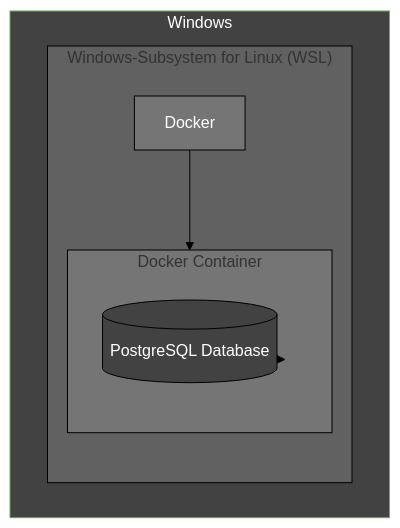
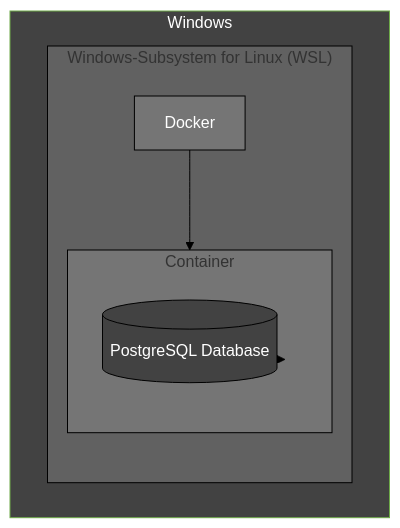
Before and after one commit to ArvoK/postgis-dwd: the diagram in readme.md, drawn with Mermaid (forest theme).

````diff
--- a/readme.md
+++ b/readme.md
@@ -10,20 +10,20 @@
 ```mermaid
 flowchart TD
- subgraph Container["Docker Container"]
+ subgraph Container["Container"]
         PSQL[("PostgreSQL Database")]
   end
  subgraph WSL["Windows-Subsystem for Linux (WSL)"]
         Docker["Docker"]
         Container
   end
  subgraph Windows["Windows"]
         WSL
   end
     Docker --> Container
     Container --> PSQL
     style PSQL fill:#424242,color:#FFFFFF,stroke:#000000
     style Docker fill:#757575,color:#FFFFFF,stroke:#000000
     style Container stroke:#000000,fill:#757575
     style WSL fill:#616161,stroke:#000000
     style Windows color:#FFFFFF,fill:#424242
 ```
````
